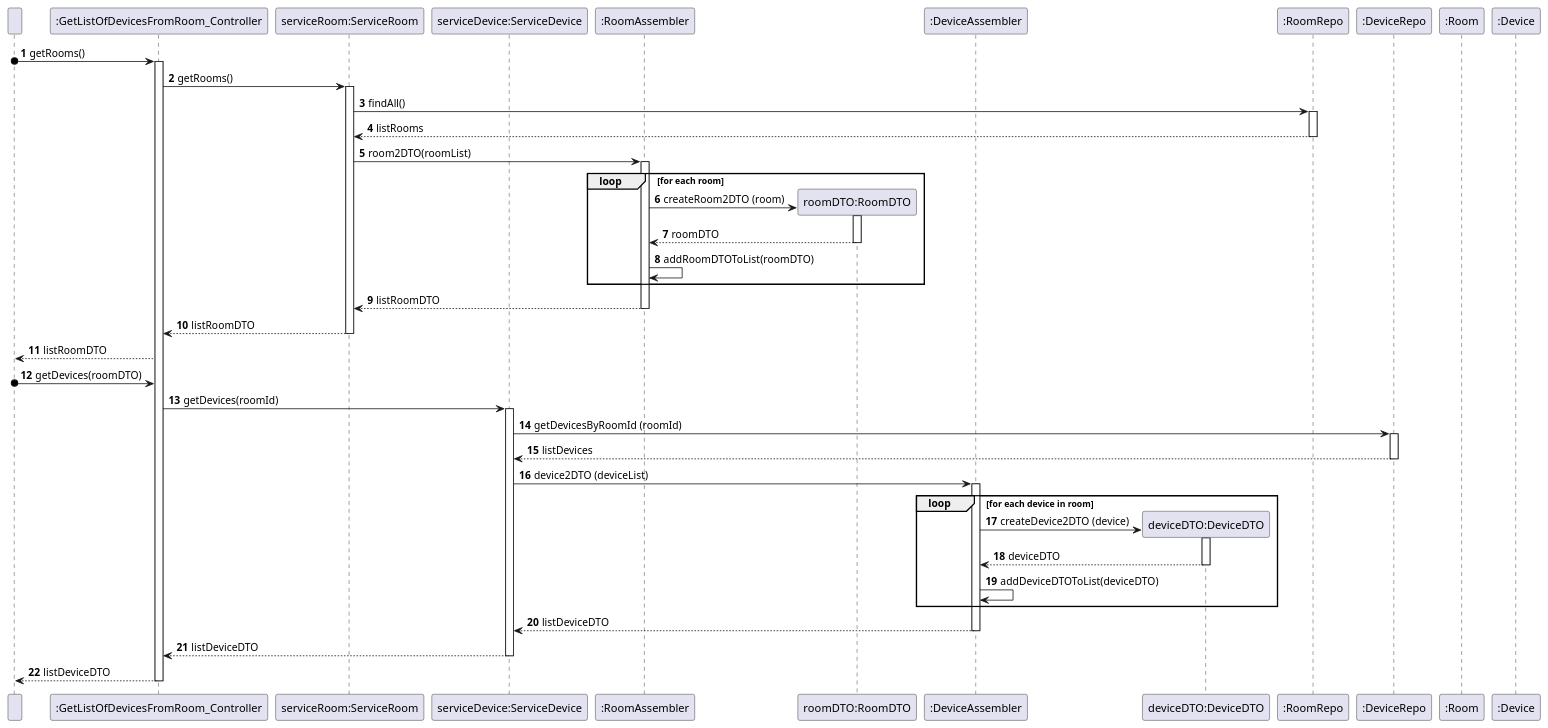
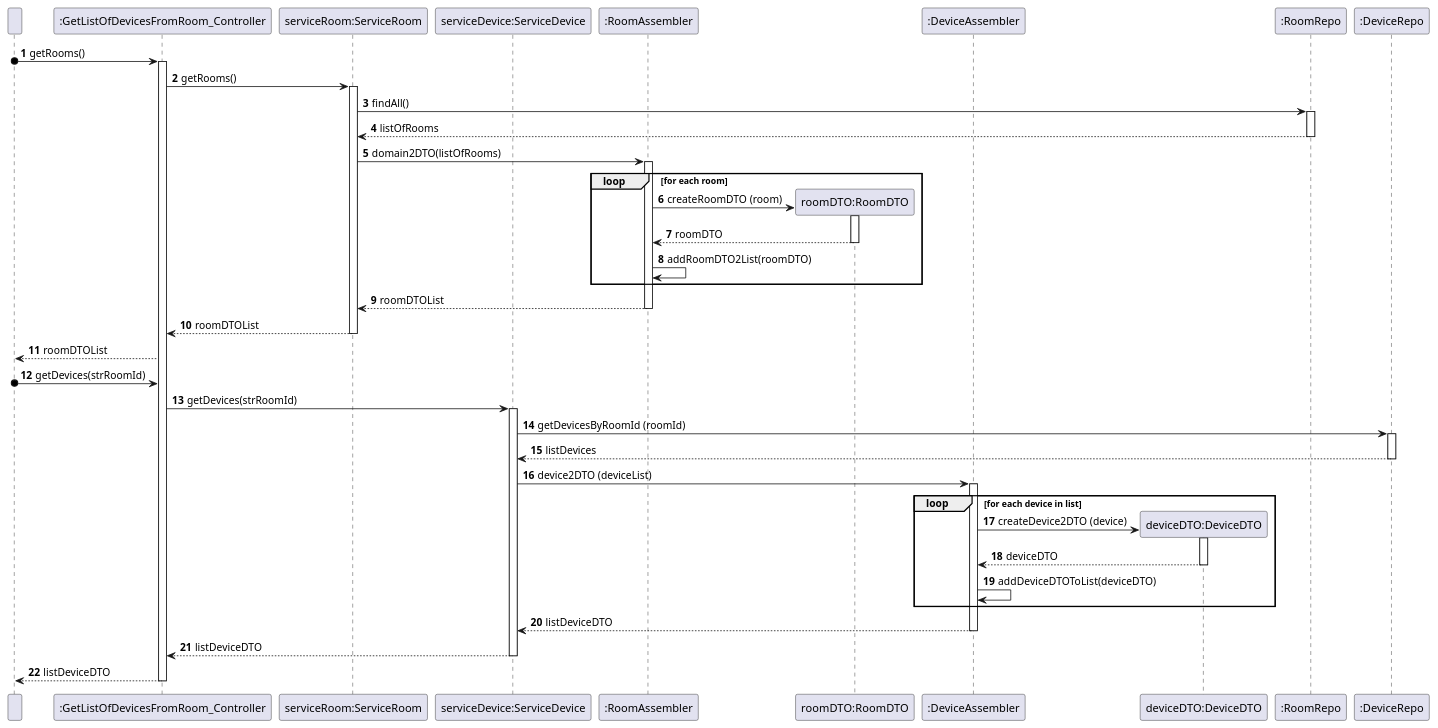
The diagram in docs/ood/sequenceDiagram/US06GetDevicesFromRoom.puml (olivDiogo/SmartHome), drawn with PlantUML before and after one commit.

Commit message:
Update sequence diagram for US06 #76

```diff
--- a/docs/ood/sequenceDiagram/US06GetDevicesFromRoom.puml
+++ b/docs/ood/sequenceDiagram/US06GetDevicesFromRoom.puml
@@ -1,116 +1,113 @@
 @startuml
 'https://plantuml.com/sequence-diagram
 participant " " as User
 participant ":GetListOfDevicesFromRoom_Controller" as GetListOfDevicesFromRoom_Controller
 
 participant "serviceRoom:ServiceRoom" as ServiceRoom
 participant "serviceDevice:ServiceDevice" as ServiceDevice
 
 participant ":RoomAssembler" as RoomAssembler
 participant "roomDTO:RoomDTO" as RoomDTO
 participant ":DeviceAssembler" as DeviceAssembler
 participant "deviceDTO:DeviceDTO" as DeviceDTO
 
 participant ":RoomRepo" as RoomRepo
 participant ":DeviceRepo" as DeviceRepo
 
-participant ":Room" as Room
-participant ":Device" as Device
-
 autonumber
 
 User o-> GetListOfDevicesFromRoom_Controller: getRooms()
 
 activate GetListOfDevicesFromRoom_Controller
 
 GetListOfDevicesFromRoom_Controller -> ServiceRoom: getRooms()
 
 activate ServiceRoom
 
 ServiceRoom -> RoomRepo: findAll()
 
 activate RoomRepo
 
-RoomRepo --> ServiceRoom: listRooms
+RoomRepo --> ServiceRoom: listOfRooms
 
 deactivate RoomRepo
 
-ServiceRoom -> RoomAssembler : room2DTO(roomList)
+ServiceRoom -> RoomAssembler : domain2DTO(listOfRooms)
 
 activate RoomAssembler
 
 loop for each room
 
     create RoomDTO
 
-    RoomAssembler -> RoomDTO: createRoom2DTO (room)
+    RoomAssembler -> RoomDTO: createRoomDTO (room)
 
      activate RoomDTO
 
      RoomDTO --> RoomAssembler: roomDTO
 
       deactivate RoomDTO
 
-     RoomAssembler -> RoomAssembler: addRoomDTOToList(roomDTO)
+     RoomAssembler -> RoomAssembler: addRoomDTO2List(roomDTO)
 
 end
-RoomAssembler --> ServiceRoom: listRoomDTO
+RoomAssembler --> ServiceRoom: roomDTOList
 
 deactivate RoomAssembler
 
-ServiceRoom --> GetListOfDevicesFromRoom_Controller: listRoomDTO
+ServiceRoom --> GetListOfDevicesFromRoom_Controller: roomDTOList
 
 deactivate ServiceRoom
 
-GetListOfDevicesFromRoom_Controller --> User : listRoomDTO
+GetListOfDevicesFromRoom_Controller --> User : roomDTOList
 
-User o-> GetListOfDevicesFromRoom_Controller: getDevices(roomDTO)
+User o-> GetListOfDevicesFromRoom_Controller: getDevices(strRoomId)
 
-GetListOfDevicesFromRoom_Controller -> ServiceDevice: getDevices(roomId)
+GetListOfDevicesFromRoom_Controller -> ServiceDevice: getDevices(strRoomId)
 
 activate ServiceDevice
 
 ServiceDevice -> DeviceRepo: getDevicesByRoomId (roomId)
 
 activate DeviceRepo
 
 DeviceRepo --> ServiceDevice: listDevices
 
 deactivate DeviceRepo
 
 ServiceDevice  -> DeviceAssembler: device2DTO (deviceList)
 
 activate DeviceAssembler
 
-loop for each device in room
+loop for each device in list
     create DeviceDTO
 
     DeviceAssembler -> DeviceDTO: createDevice2DTO (device)
 
     activate DeviceDTO
 
     DeviceDTO --> DeviceAssembler: deviceDTO
 
     deactivate DeviceDTO
 
     DeviceAssembler -> DeviceAssembler: addDeviceDTOToList(deviceDTO)
 
 end
 DeviceAssembler --> ServiceDevice: listDeviceDTO
 
 deactivate DeviceAssembler
 
 ServiceDevice --> GetListOfDevicesFromRoom_Controller: listDeviceDTO
 
 deactivate ServiceDevice
 
 GetListOfDevicesFromRoom_Controller --> User : listDeviceDTO
 
 deactivate GetListOfDevicesFromRoom_Controller
 
 
 
 
 
 
 @enduml
```
